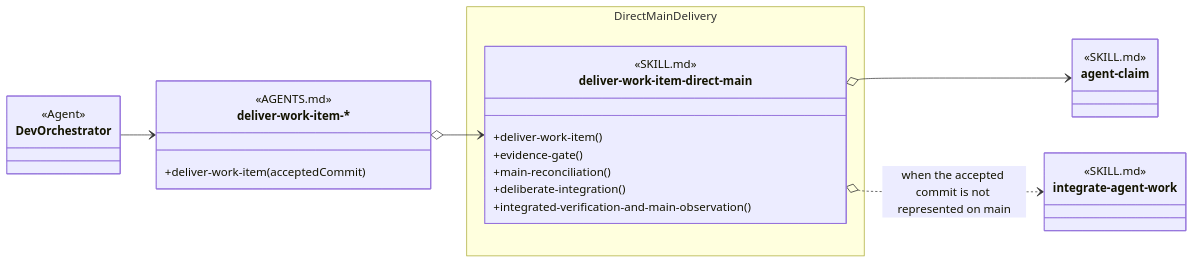
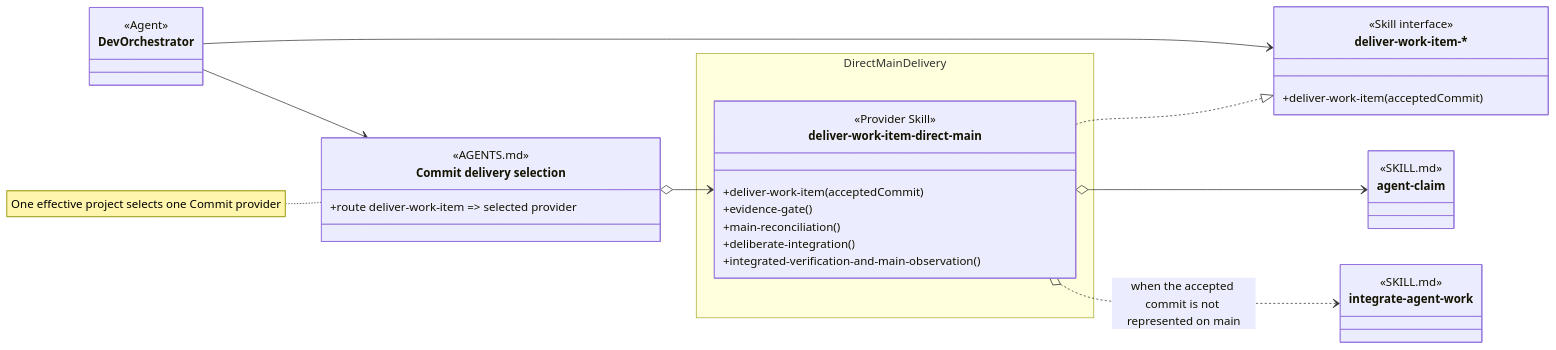
The diagram in design/skill-groups/direct-main-delivery.md (martinbechard/dev-methodology), drawn with Mermaid before and after one commit. The commit also changed other lines of this file and 8 other files, not shown here.

Commit message:
docs: apply skill interface notation to group designs

````diff
--- a/design/skill-groups/direct-main-delivery.md
+++ b/design/skill-groups/direct-main-delivery.md
@@ -13,41 +13,49 @@
 ```mermaid
 classDiagram
     direction LR
 
     class DevOrchestrator {
         <<Agent>>
     }
 
     class DeliverWorkItem["deliver-work-item-*"] {
+        <<Skill interface>>
+        +deliver-work-item(acceptedCommit)
+    }
+
+    class DeliverWorkItemFactory["Commit delivery selection"] {
         <<AGENTS.md>>
         <<routing>>
-        +deliver-work-item(acceptedCommit)
+        +route deliver-work-item => selected provider
     }
 
     namespace DirectMainDelivery {
         class deliver-work-item-direct-main {
-            <<SKILL.md>>
-            <<Injectable Skill>>
-            +deliver-work-item()
+            <<Provider Skill>>
+            +deliver-work-item(acceptedCommit)
             +evidence-gate()
             +main-reconciliation()
             +deliberate-integration()
             +integrated-verification-and-main-observation()
         }
     }
 
     class agent-claim {
         <<SKILL.md>>
         <<Cross-group>>
     }
 
     class integrate-agent-work {
         <<SKILL.md>>
         <<Cross-group>>
     }
 
     DevOrchestrator --> DeliverWorkItem
-    DeliverWorkItem o--> deliver-work-item-direct-main
+    DevOrchestrator --> DeliverWorkItemFactory
+    DeliverWorkItemFactory o--> deliver-work-item-direct-main
+    deliver-work-item-direct-main ..|> DeliverWorkItem
     deliver-work-item-direct-main o--> agent-claim
     deliver-work-item-direct-main o..> integrate-agent-work : when the accepted commit is not represented on main
+
+    note for DeliverWorkItemFactory "One effective project selects one Commit provider"
 ```
````
